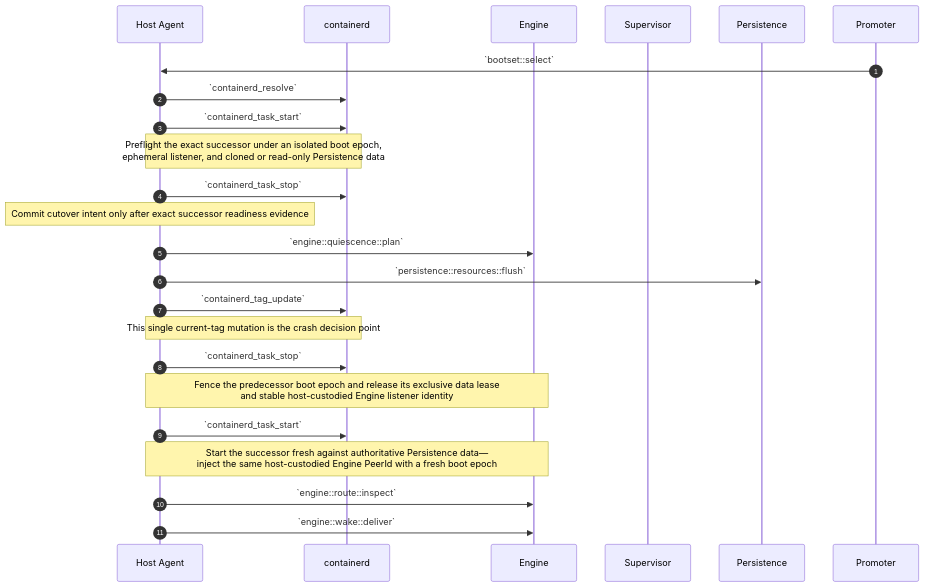
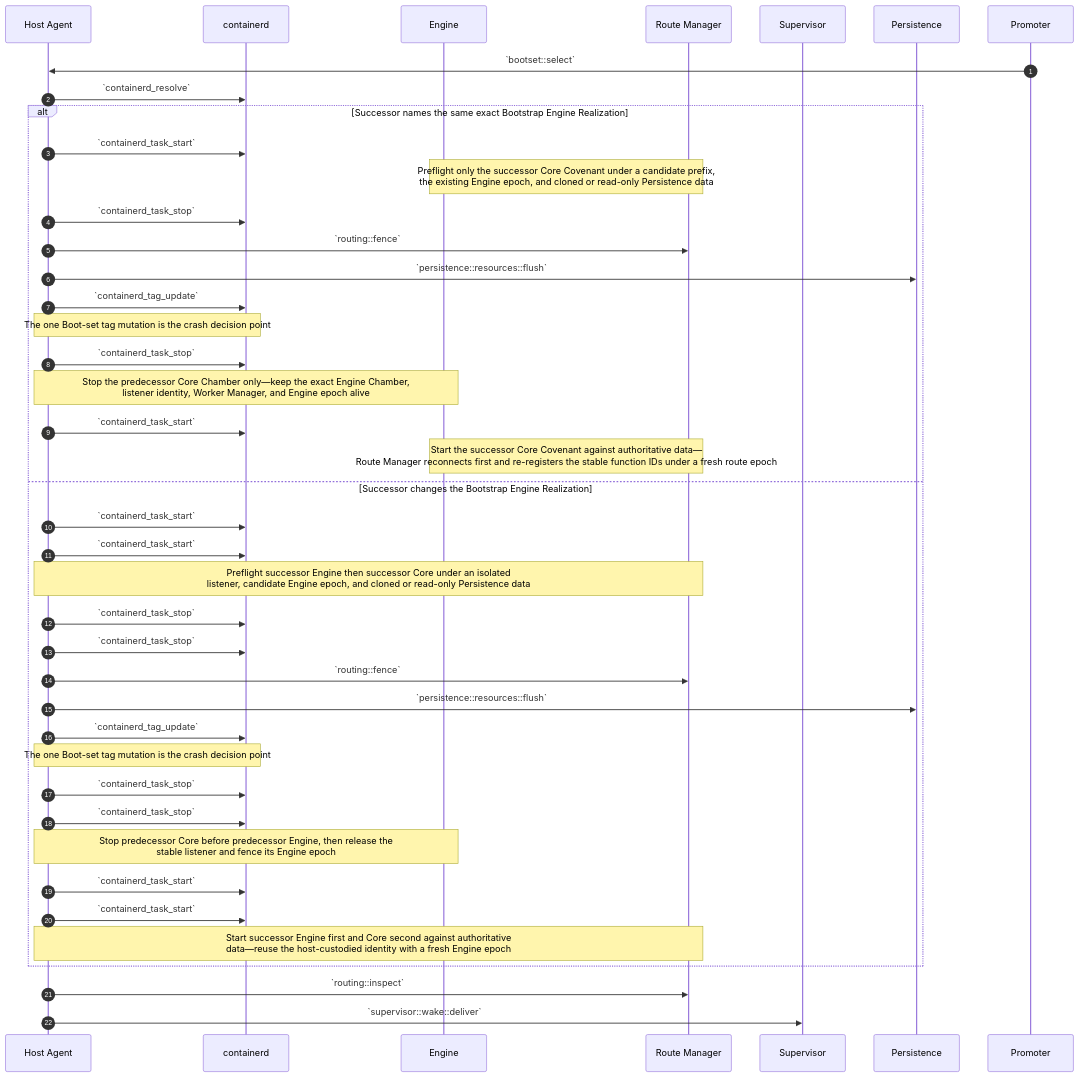
One commit to dreamcatcher-tech/chambers-lifecycle-explorer changed diagram 13 of 15 in source/chambers-lifecycle-sequences.md. Above: the diagram before and after it, drawn with Mermaid. The commit also changed other lines of this file and 8 other files, not shown here.

Commit message:
docs: publish Engine-first Core Covenant lifecycle

````diff
--- a/source/chambers-lifecycle-sequences.md
+++ b/source/chambers-lifecycle-sequences.md
@@ -1132,28 +1206,47 @@
 ```mermaid
 sequenceDiagram
     autonumber
     participant HostAgent as Host Agent
     participant containerd
     participant Engine
+    participant RouteManager as Route Manager
     participant Supervisor
     participant Persistence
     participant Promoter
 
     Promoter->>HostAgent: `bootset::select`
     HostAgent->>containerd: `containerd_resolve`
-    HostAgent->>containerd: `containerd_task_start`
-    Note over HostAgent,containerd: Preflight the exact successor under an isolated boot epoch,<br/>ephemeral listener, and cloned or read-only Persistence data
-    HostAgent->>containerd: `containerd_task_stop`
-    Note over HostAgent: Commit cutover intent only after exact successor readiness evidence
 
-    HostAgent->>Engine: `engine::quiescence::plan`
-    HostAgent->>Persistence: `persistence::resources::flush`
-    HostAgent->>containerd: `containerd_tag_update`
-    Note over HostAgent,containerd: This single current-tag mutation is the crash decision point
-    HostAgent->>containerd: `containerd_task_stop`
-    Note over HostAgent,Engine: Fence the predecessor boot epoch and release its exclusive data lease<br/>and stable host-custodied Engine listener identity
-    HostAgent->>containerd: `containerd_task_start`
-    Note over HostAgent,Engine: Start the successor fresh against authoritative Persistence data—<br/>inject the same host-custodied Engine PeerId with a fresh boot epoch
-    HostAgent->>Engine: `engine::route::inspect`
-    HostAgent->>Engine: `engine::wake::deliver`
+    alt Successor names the same exact Bootstrap Engine Realization
+        HostAgent->>containerd: `containerd_task_start`
+        Note over Engine,RouteManager: Preflight only the successor Core Covenant under a candidate prefix,<br/>the existing Engine epoch, and cloned or read-only Persistence data
+        HostAgent->>containerd: `containerd_task_stop`
+        HostAgent->>RouteManager: `routing::fence`
+        HostAgent->>Persistence: `persistence::resources::flush`
+        HostAgent->>containerd: `containerd_tag_update`
+        Note over HostAgent,containerd: The one Boot-set tag mutation is the crash decision point
+        HostAgent->>containerd: `containerd_task_stop`
+        Note over HostAgent,Engine: Stop the predecessor Core Chamber only—keep the exact Engine Chamber,<br/>listener identity, Worker Manager, and Engine epoch alive
+        HostAgent->>containerd: `containerd_task_start`
+        Note over Engine,RouteManager: Start the successor Core Covenant against authoritative data—<br/>Route Manager reconnects first and re-registers the stable function IDs under a fresh route epoch
+    else Successor changes the Bootstrap Engine Realization
+        HostAgent->>containerd: `containerd_task_start`
+        HostAgent->>containerd: `containerd_task_start`
+        Note over HostAgent,RouteManager: Preflight successor Engine then successor Core under an isolated<br/>listener, candidate Engine epoch, and cloned or read-only Persistence data
+        HostAgent->>containerd: `containerd_task_stop`
+        HostAgent->>containerd: `containerd_task_stop`
+        HostAgent->>RouteManager: `routing::fence`
+        HostAgent->>Persistence: `persistence::resources::flush`
+        HostAgent->>containerd: `containerd_tag_update`
+        Note over HostAgent,containerd: The one Boot-set tag mutation is the crash decision point
+        HostAgent->>containerd: `containerd_task_stop`
+        HostAgent->>containerd: `containerd_task_stop`
+        Note over HostAgent,Engine: Stop predecessor Core before predecessor Engine, then release the<br/>stable listener and fence its Engine epoch
+        HostAgent->>containerd: `containerd_task_start`
+        HostAgent->>containerd: `containerd_task_start`
+        Note over HostAgent,RouteManager: Start successor Engine first and Core second against authoritative<br/>data—reuse the host-custodied identity with a fresh Engine epoch
+    end
+
+    HostAgent->>RouteManager: `routing::inspect`
+    HostAgent->>Supervisor: `supervisor::wake::deliver`
 ```
````
